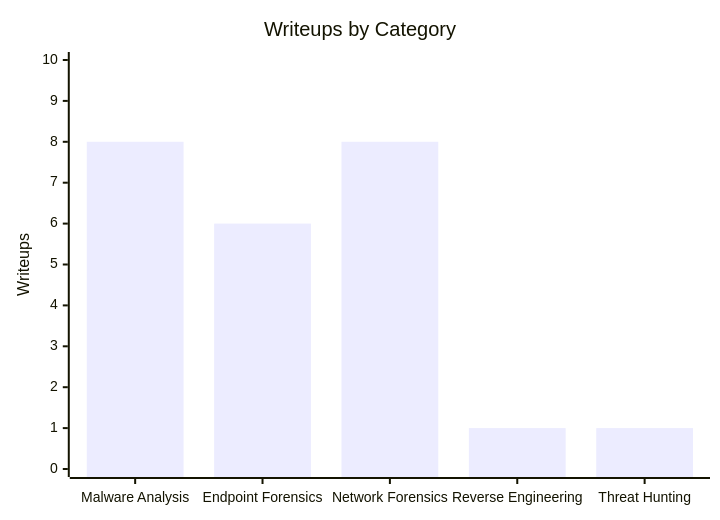
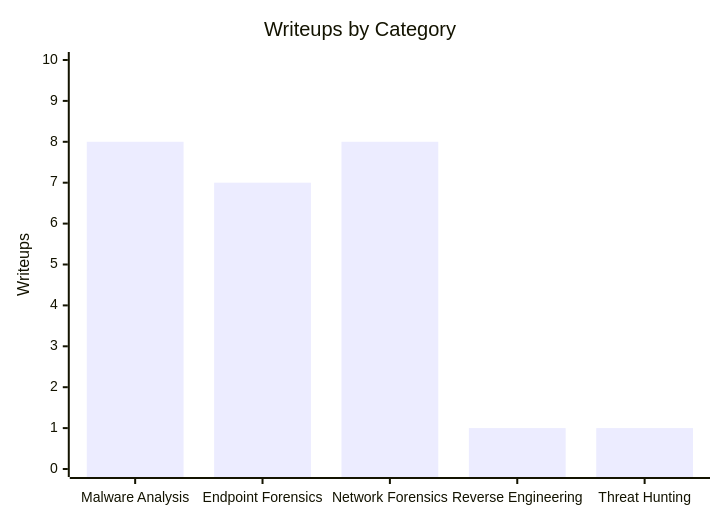
The diagram in README.md (FrancisVillalon/cyberdefender-writeups), drawn with Mermaid before and after one commit. The commit also changed other lines of this file and 16 other files, not shown here.

````diff
--- a/README.md
+++ b/README.md
@@ -7,7 +7,7 @@
 ```mermaid
 xychart-beta
     title "Writeups by Category"
     x-axis ["Malware Analysis", "Endpoint Forensics", "Network Forensics", "Reverse Engineering", "Threat Hunting"]
     y-axis "Writeups" 0 --> 10
-    bar [8, 6, 8, 1, 1]
+    bar [8, 7, 8, 1, 1]
 ```
````
